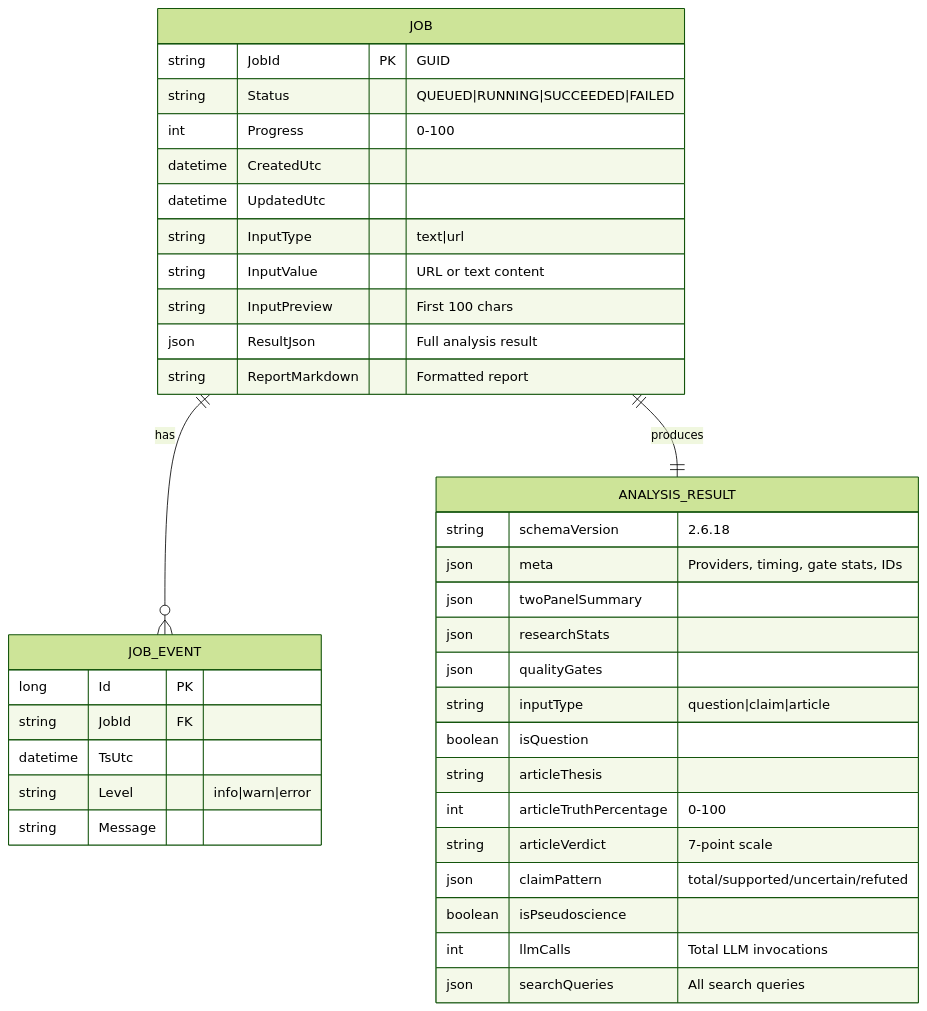
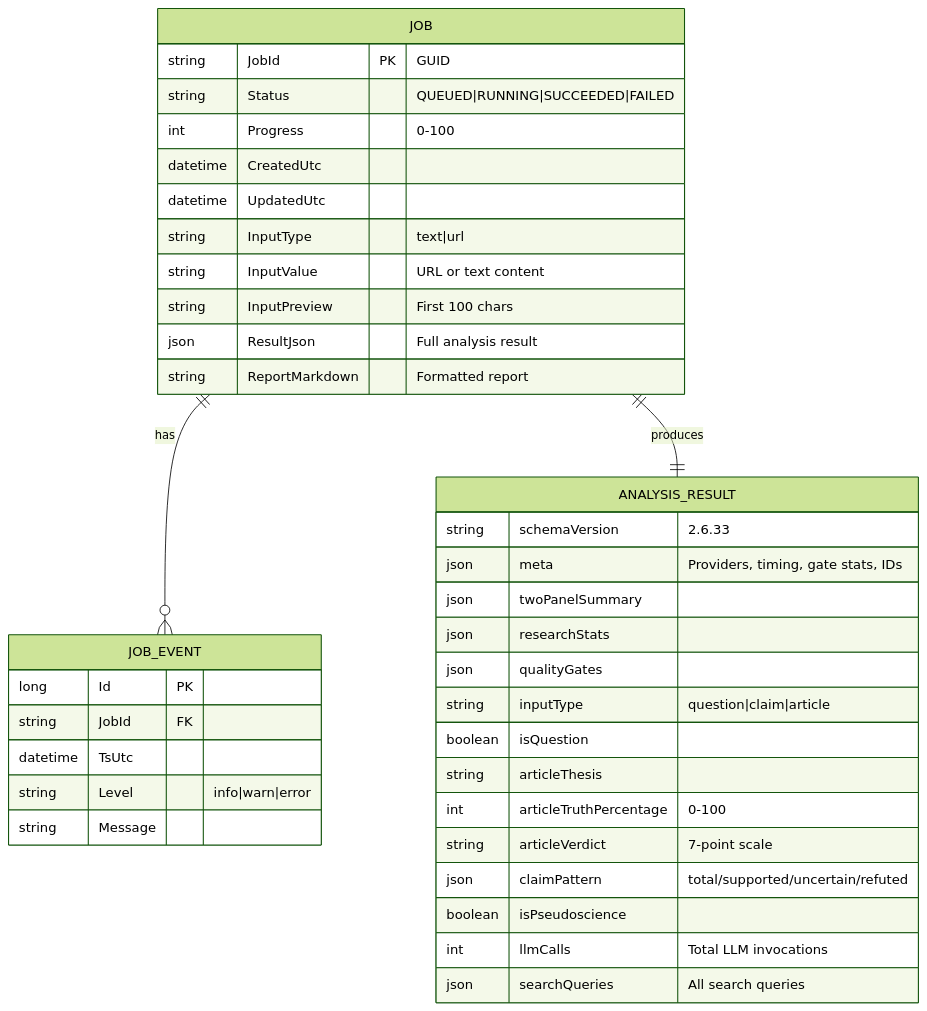
The fourth of 5 diagrams in Docs/ARCHITECTURE/Overview.md (robertschaub/FactHarbor), drawn with Mermaid (forest theme) before and after one commit. The commit also changed other lines of this file and 2 other files, not shown here.

````diff
--- a/Docs/ARCHITECTURE/Overview.md
+++ b/Docs/ARCHITECTURE/Overview.md
@@ -326,43 +324,43 @@
 ```mermaid
 erDiagram
     JOB ||--o{ JOB_EVENT : "has"
     JOB ||--|| ANALYSIS_RESULT : "produces"
 
     JOB {
         string JobId PK "GUID"
         string Status "QUEUED|RUNNING|SUCCEEDED|FAILED"
         int Progress "0-100"
         datetime CreatedUtc
         datetime UpdatedUtc
         string InputType "text|url"
         string InputValue "URL or text content"
         string InputPreview "First 100 chars"
         json ResultJson "Full analysis result"
         string ReportMarkdown "Formatted report"
     }
 
     JOB_EVENT {
         long Id PK
         string JobId FK
         datetime TsUtc
         string Level "info|warn|error"
         string Message
     }
 
     ANALYSIS_RESULT {
-        string schemaVersion "2.6.18"
+        string schemaVersion "2.6.33"
         json meta "Providers, timing, gate stats, IDs"
         json twoPanelSummary
         json researchStats
         json qualityGates
         string inputType "question|claim|article"
         boolean isQuestion
         string articleThesis
         int articleTruthPercentage "0-100"
         string articleVerdict "7-point scale"
         json claimPattern "total/supported/uncertain/refuted"
         boolean isPseudoscience
         int llmCalls "Total LLM invocations"
         json searchQueries "All search queries"
     }
 ```
````
